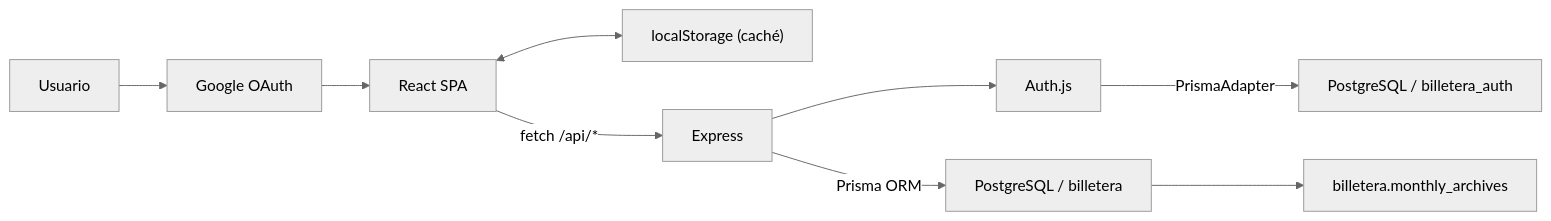
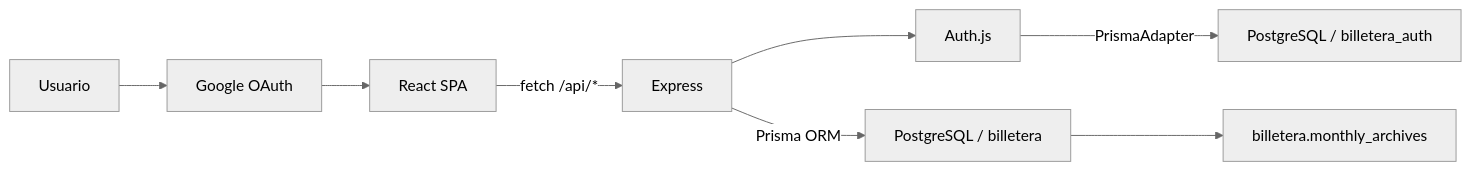
Before and after one commit to mctesmanrh/BILLETERA: the diagram in docs/ARQUITECTURA_TECNICA.md, drawn with Mermaid (neutral theme). The commit also changed other lines of this file and 13 other files, not shown here.

````diff
--- a/docs/ARQUITECTURA_TECNICA.md
+++ b/docs/ARQUITECTURA_TECNICA.md
@@ -34,11 +34,10 @@
 ```mermaid
 flowchart LR
     U["Usuario"] --> G["Google OAuth"]
     G --> R["React SPA"]
-    R <--> C["localStorage (caché)"]
     R -->|"fetch /api/*"| E["Express"]
     E --> A["Auth.js"]
     E -->|"Prisma ORM"| P["PostgreSQL / billetera"]
     A -->|"PrismaAdapter"| S["PostgreSQL / billetera_auth"]
     P --> M["billetera.monthly_archives"]
 ```
````
